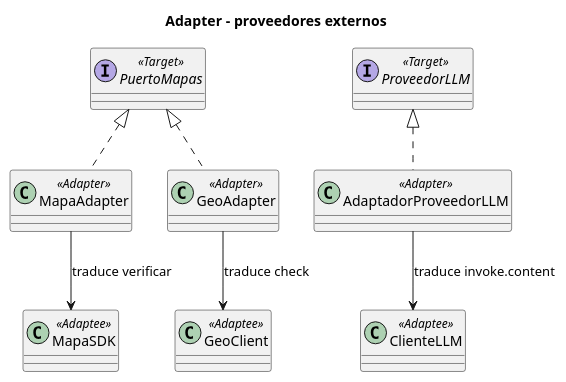
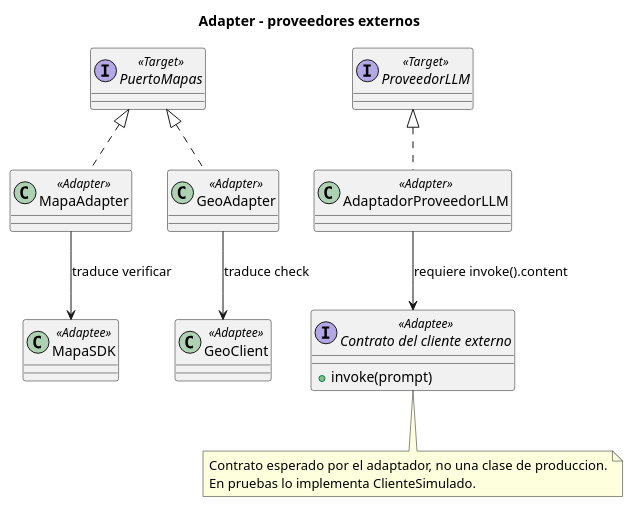
One commit to SharonCondoriUNSA/cs-2026b-lab04-grupo10 changed the diagram in docs/design/patrones/adapter.puml. Above: the diagram before and after it, drawn with PlantUML. The commit also changed 10 other files, not shown here.

Commit message:
E7: corregir diagramas y verificar con pyreverse

```diff
--- a/docs/design/patrones/adapter.puml
+++ b/docs/design/patrones/adapter.puml
@@ -1,17 +1,23 @@
 @startuml adapter
 title Adapter - proveedores externos
 interface PuertoMapas <<Target>>
 class MapaAdapter <<Adapter>>
 class GeoAdapter <<Adapter>>
 class MapaSDK <<Adaptee>>
 class GeoClient <<Adaptee>>
 interface ProveedorLLM <<Target>>
 class AdaptadorProveedorLLM <<Adapter>>
-class ClienteLLM <<Adaptee>>
+interface "Contrato del cliente externo" as ClienteExterno <<Adaptee>> {
+  + invoke(prompt)
+}
 PuertoMapas <|.. MapaAdapter
 PuertoMapas <|.. GeoAdapter
 MapaAdapter --> MapaSDK : traduce verificar
 GeoAdapter --> GeoClient : traduce check
 ProveedorLLM <|.. AdaptadorProveedorLLM
-AdaptadorProveedorLLM --> ClienteLLM : traduce invoke.content
+AdaptadorProveedorLLM --> ClienteExterno : requiere invoke().content
+note bottom of ClienteExterno
+Contrato esperado por el adaptador, no una clase de produccion.
+En pruebas lo implementa ClienteSimulado.
+end note
 @enduml
```
